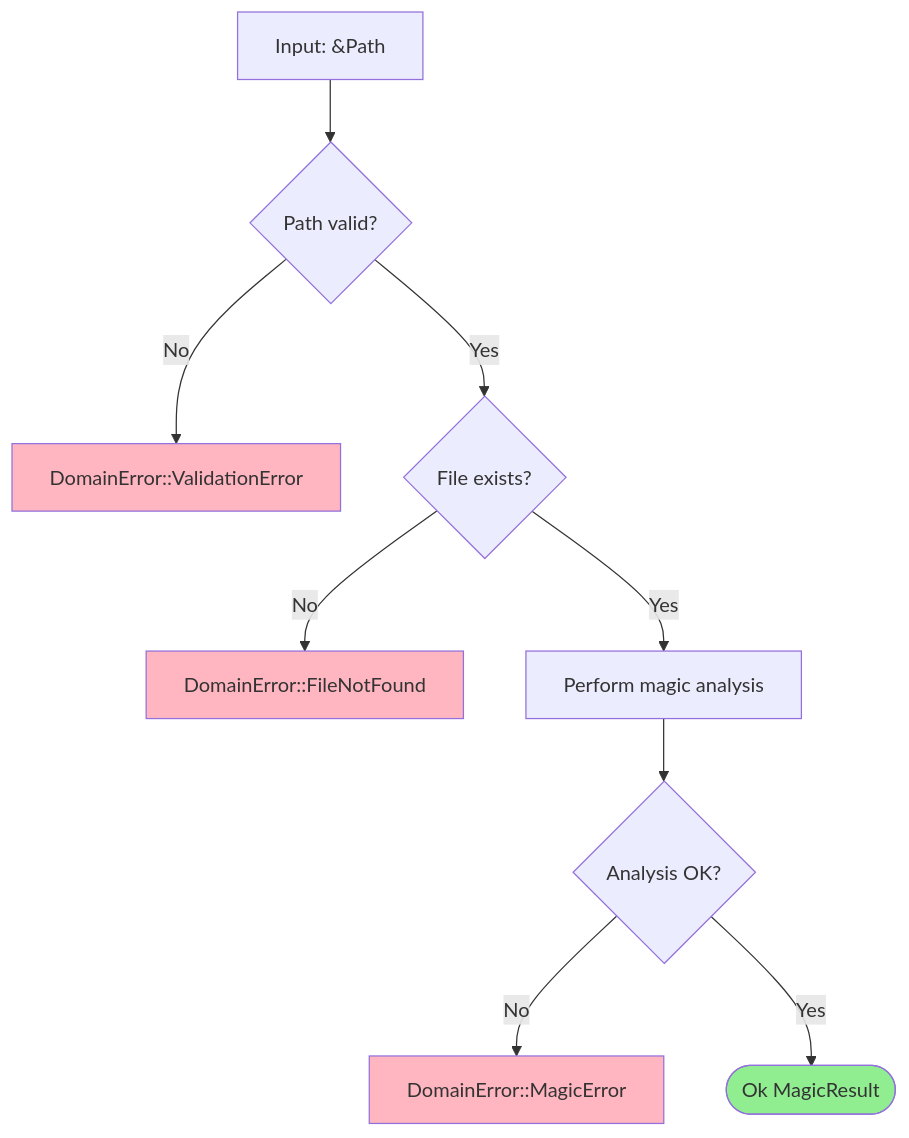
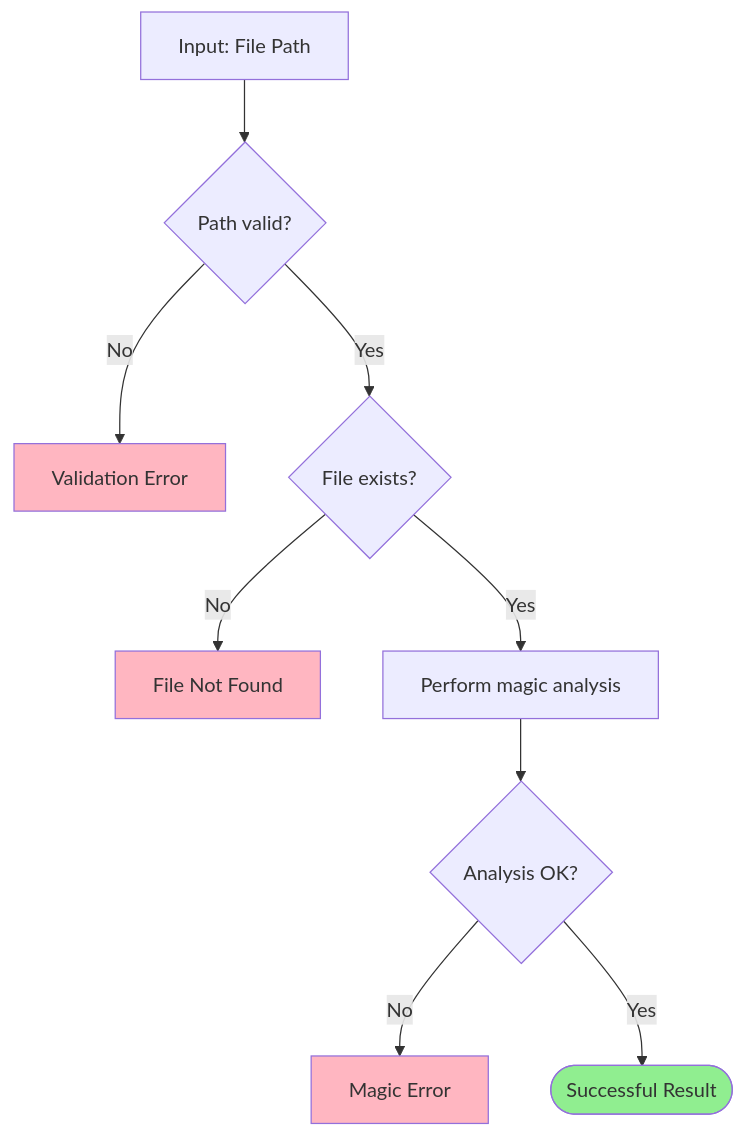
The third of 5 diagrams in docs/reference/domain/magic_repository.md (photom/magicer), drawn with Mermaid before and after one commit. The commit also changed other lines of this file and 4 other files, not shown here.

````diff
--- a/docs/reference/domain/magic_repository.md
+++ b/docs/reference/domain/magic_repository.md
@@ -99,16 +99,16 @@
 ```mermaid
 flowchart TD
-    Input["Input: &Path"] --> CheckPath{Path valid?}
-    CheckPath -->|No| ErrValidation[DomainError::ValidationError]
+    Input["Input: File Path"] --> CheckPath{Path valid?}
+    CheckPath -->|No| ErrValidation[Validation Error]
     CheckPath -->|Yes| CheckExists{File exists?}
-    CheckExists -->|No| ErrNotFound[DomainError::FileNotFound]
+    CheckExists -->|No| ErrNotFound[File Not Found]
     CheckExists -->|Yes| Analyze[Perform magic analysis]
     Analyze --> Success{Analysis OK?}
-    Success -->|No| ErrMagic[DomainError::MagicError]
-    Success -->|Yes| Result([Ok MagicResult])
+    Success -->|No| ErrMagic[Magic Error]
+    Success -->|Yes| Result([Successful Result])
     
     style Result fill:#90EE90
     style ErrValidation fill:#FFB6C1
     style ErrNotFound fill:#FFB6C1
     style ErrMagic fill:#FFB6C1
 ```
````
